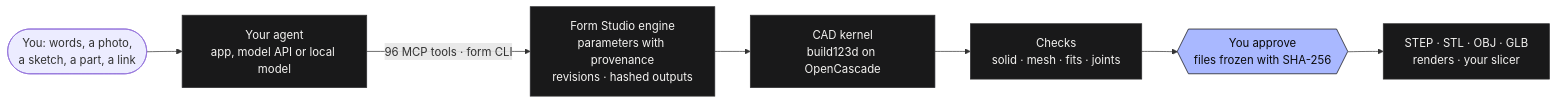
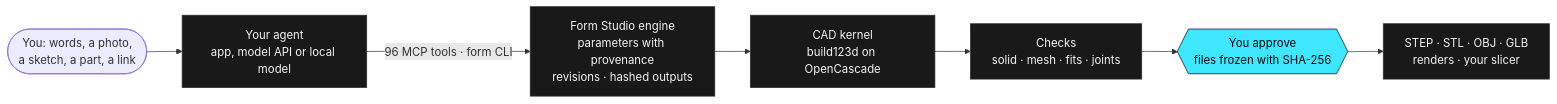
One commit to kaizensx/form-studio changed the diagram in README.md. Above: the diagram before and after it, drawn with Mermaid. The commit also changed other lines of this file and 34 other files, not shown here.

````diff
--- a/README.md
+++ b/README.md
@@ -84,13 +84,13 @@
 ```mermaid
 flowchart LR
   you(["You: words, a photo,<br/>a sketch, a part, a link"]) --> agent["Your agent<br/>app, model API or local model"]
   agent -- "96 MCP tools · form CLI" --> engine["Form Studio engine<br/>parameters with provenance<br/>revisions · hashed outputs"]
   engine --> kernel["CAD kernel<br/>build123d on OpenCascade"]
   kernel --> checks["Checks<br/>solid · mesh · fits · joints"]
   checks --> release{{"You approve<br/>files frozen with SHA-256"}}
   release --> out["STEP · STL · OBJ · GLB<br/>renders · your slicer"]
-  classDef datum fill:#a9b8ff,stroke:#0b0b0c,color:#0b0b0c
+  classDef datum fill:#3ee6ff,stroke:#0b0b0c,color:#0b0b0c
   classDef plate fill:#19191a,stroke:#2f2f31,color:#f4f3f1
   class release datum
   class agent,engine,kernel,checks,out plate
 ```
````
